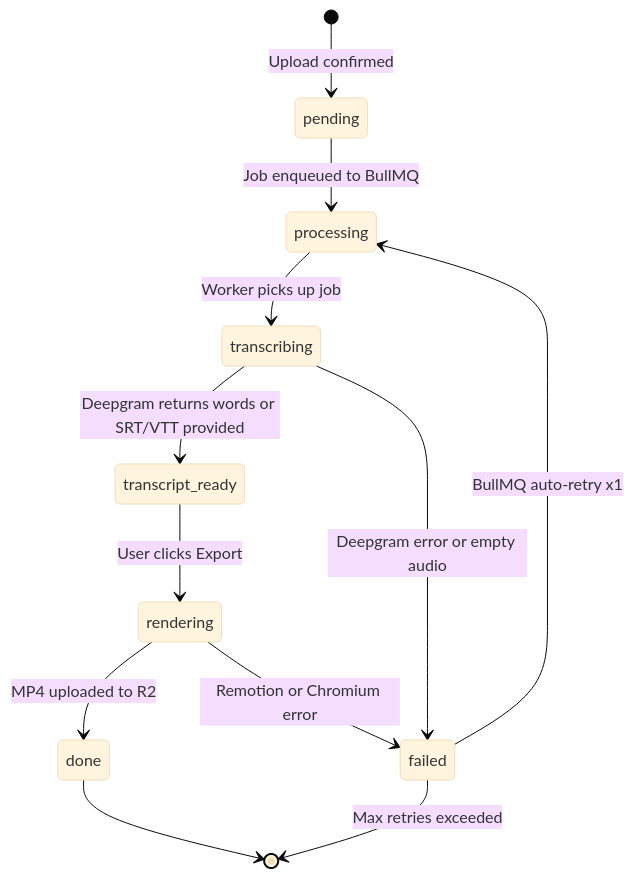
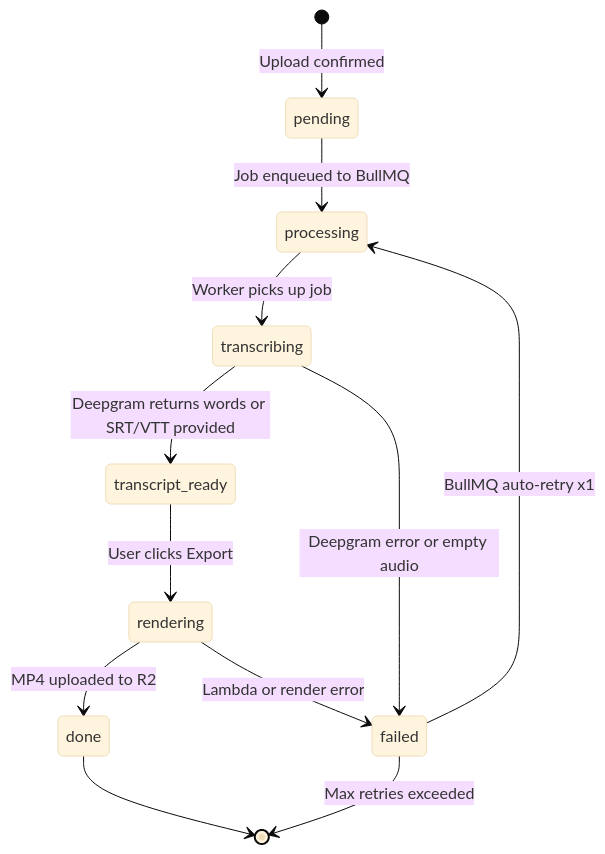
Before and after one commit to Nayab-Sarfaraj/caption-ai: the second of 3 diagrams in README.md, drawn with Mermaid (base theme). The commit also changed other lines of this file, not shown here.

Commit message:
docs: refresh production architecture README

````diff
--- a/README.md
+++ b/README.md
@@ -110,14 +81,14 @@
 ```mermaid
 stateDiagram-v2
     [*] --> pending : Upload confirmed
     pending --> processing : Job enqueued to BullMQ
     processing --> transcribing : Worker picks up job
     transcribing --> transcript_ready : Deepgram returns words or SRT/VTT provided
     transcript_ready --> rendering : User clicks Export
     rendering --> done : MP4 uploaded to R2
     done --> [*]
     transcribing --> failed : Deepgram error or empty audio
-    rendering --> failed : Remotion or Chromium error
+    rendering --> failed : Lambda or render error
     failed --> processing : BullMQ auto-retry x1
     failed --> [*] : Max retries exceeded
 ```
````
